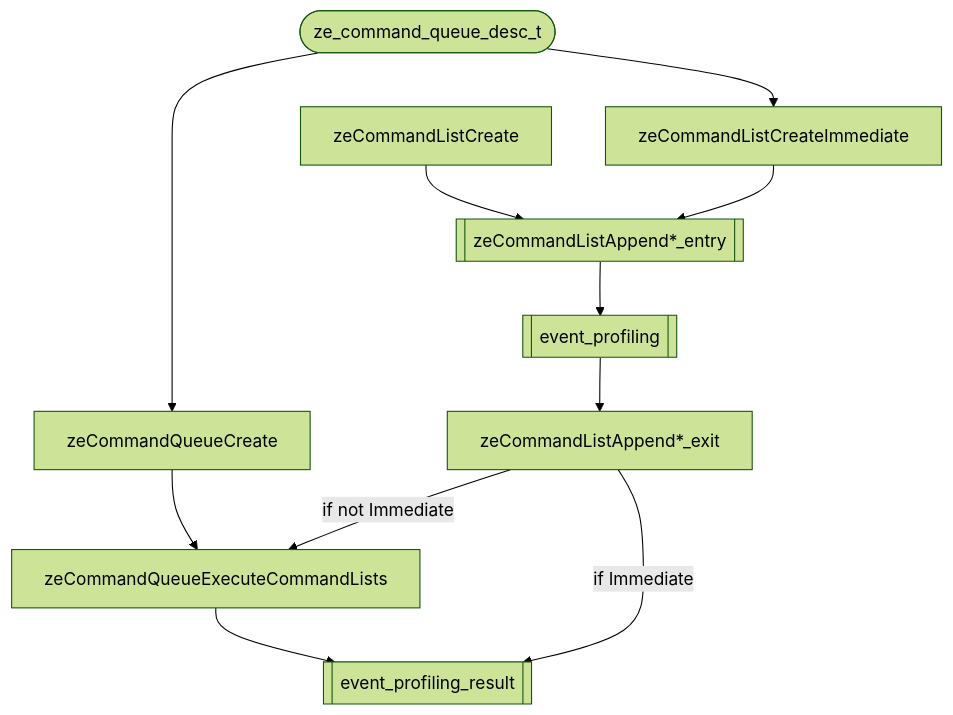
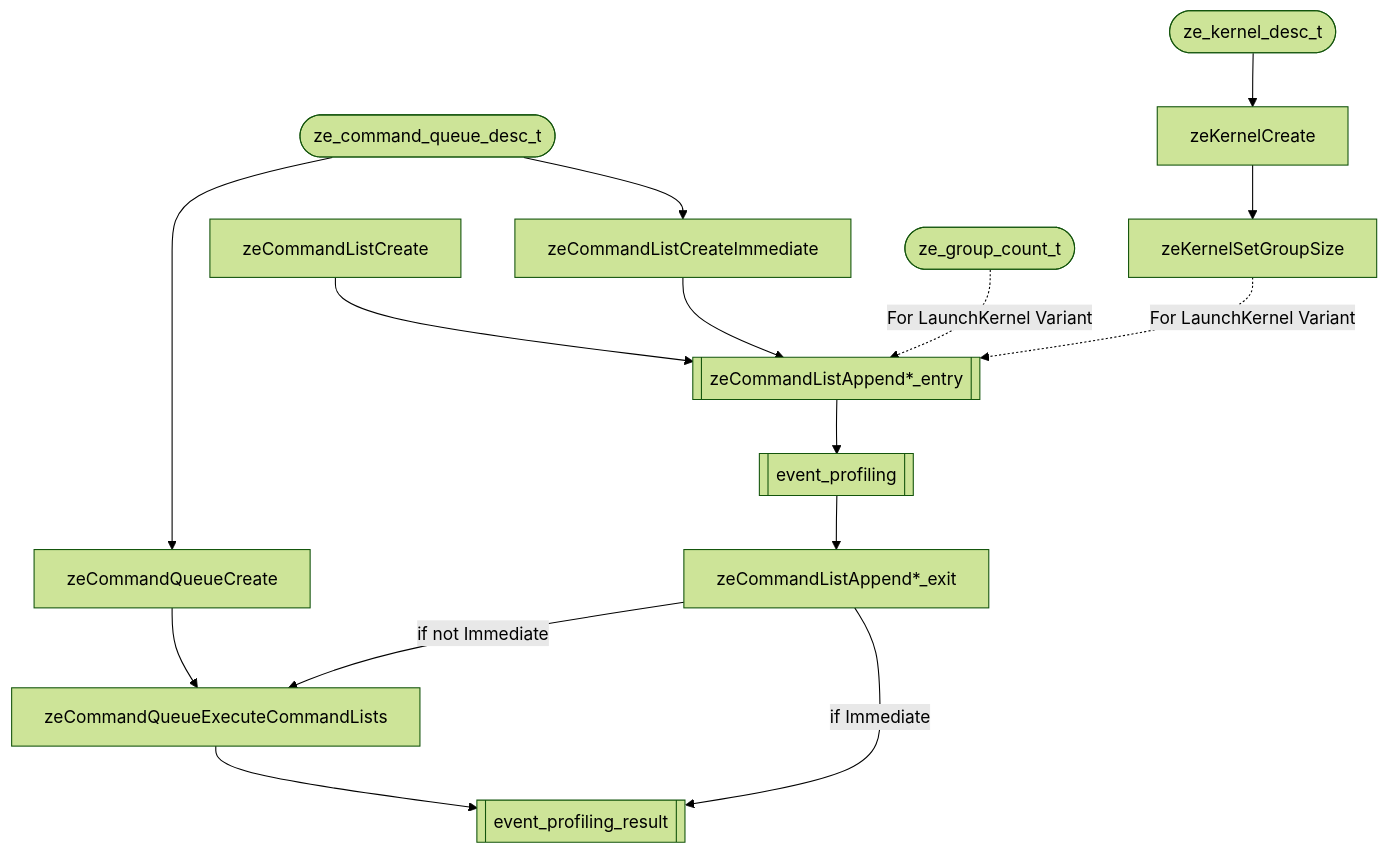
One commit to argonne-lcf/THAPI changed the diagram in ze/doc.md. Above: the diagram before and after it, drawn with Mermaid (forest theme). The commit also changed other lines of this file, not shown here.

````diff
--- a/ze/doc.md
+++ b/ze/doc.md
@@ -1,20 +3,24 @@
 ```mermaid
 graph TD
 
     q([ze_command_queue_desc_t]) 
     ep[[event_profiling]]
     epr[[event_profiling_result]]
     a[[zeCommandListAppend*_entry]]
+
     q --> zeCommandQueueCreate
     q --> zeCommandListCreateImmediate
     zeCommandListCreate          --> a
     zeCommandListCreateImmediate --> a
+    k([ze_kernel_desc_t]) --> zeKernelCreate
+    zeKernelCreate --> zeKernelSetGroupSize -. For LaunchKernel Variant .-> a
+    c([ze_group_count_t]) -. For LaunchKernel Variant .-> a
     a --> ep
     ep --> zeCommandListAppend*_exit
     zeCommandQueueCreate --> zeCommandQueueExecuteCommandLists
 
     zeCommandListAppend*_exit -- if not Immediate --> zeCommandQueueExecuteCommandLists
     zeCommandListAppend*_exit -- if Immediate--> epr
 
     zeCommandQueueExecuteCommandLists --> epr
 ```
````
